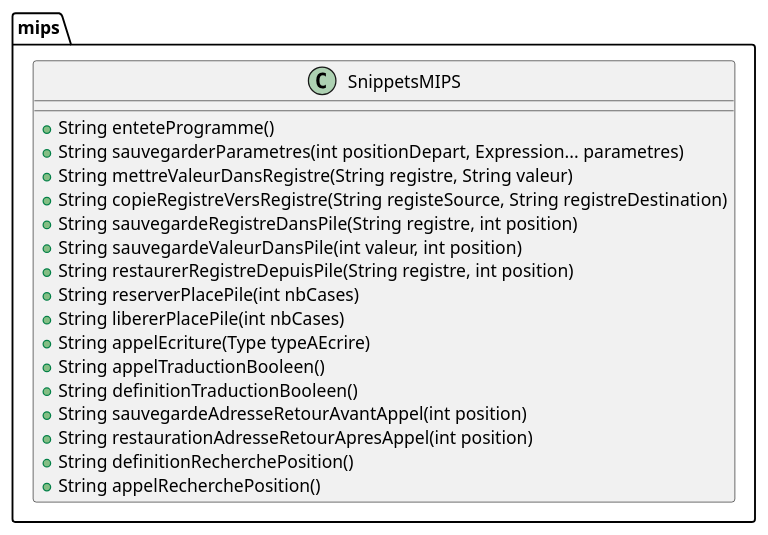
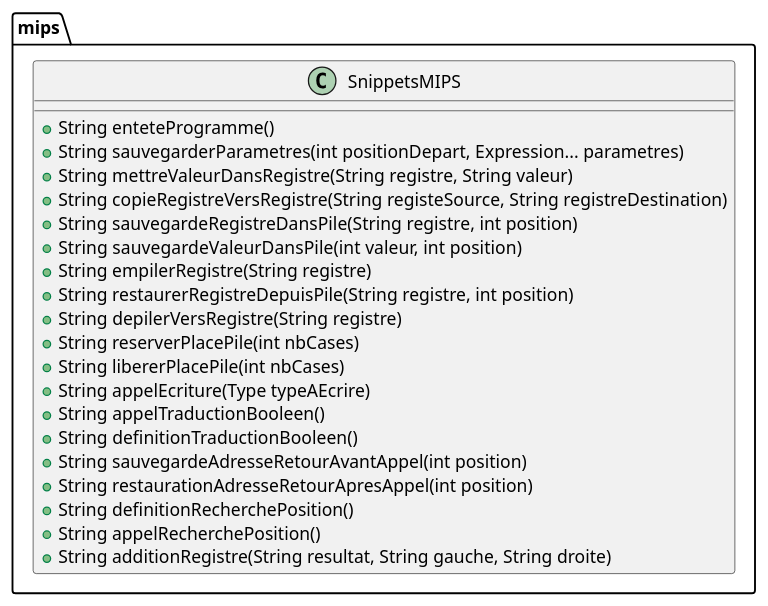
The diagram in src/Diagrammes/mips.puml (wehddn/L3-Compilation-Projet), drawn with PlantUML before and after one commit. The commit also changed 6 other files, not shown here.

Commit message:
Ajout de l'addition : - Mise à jour de la grammaire - Ajout de la javadoc pour certaines classes - Mise à jour du diagramme de classe - Ajout des classes Binaire et Plus - Changement de version

```diff
--- a/src/Diagrammes/mips.puml
+++ b/src/Diagrammes/mips.puml
@@ -1,22 +1,25 @@
 @startuml
 package mips {
 	class SnippetsMIPS {
 	+ String enteteProgramme()
 	+ String sauvegarderParametres(int positionDepart, Expression... parametres)
 	+ String mettreValeurDansRegistre(String registre, String valeur)
 	+ String copieRegistreVersRegistre(String registeSource, String registreDestination)
 	+ String sauvegardeRegistreDansPile(String registre, int position)
 	+ String sauvegardeValeurDansPile(int valeur, int position)
+	+ String empilerRegistre(String registre)
 	+ String restaurerRegistreDepuisPile(String registre, int position)
+	+ String depilerVersRegistre(String registre)
 	+ String reserverPlacePile(int nbCases)
 	+ String libererPlacePile(int nbCases)
 	+ String appelEcriture(Type typeAEcrire)
 	+ String appelTraductionBooleen()
 	+ String definitionTraductionBooleen()
 	+ String sauvegardeAdresseRetourAvantAppel(int position)
 	+ String restaurationAdresseRetourApresAppel(int position)
 	+ String definitionRecherchePosition()
 	+ String appelRecherchePosition()
+	+ String additionRegistre(String resultat, String gauche, String droite)
 	}
 }
 @enduml
```
